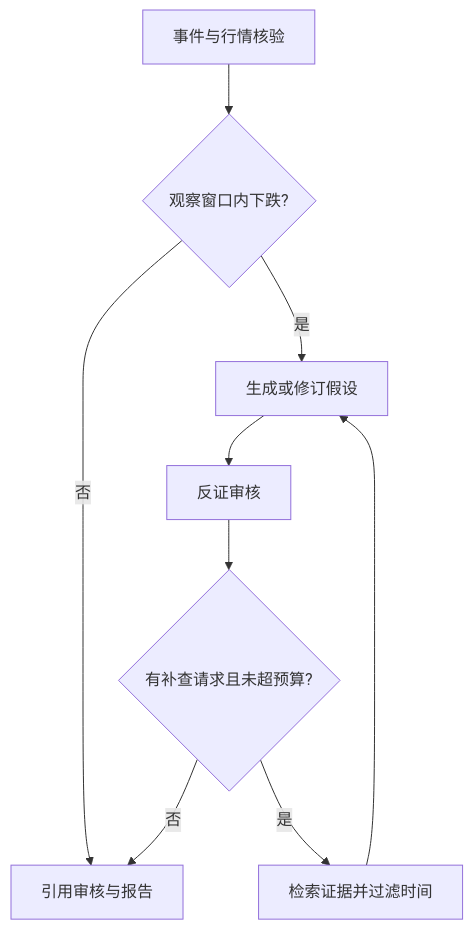
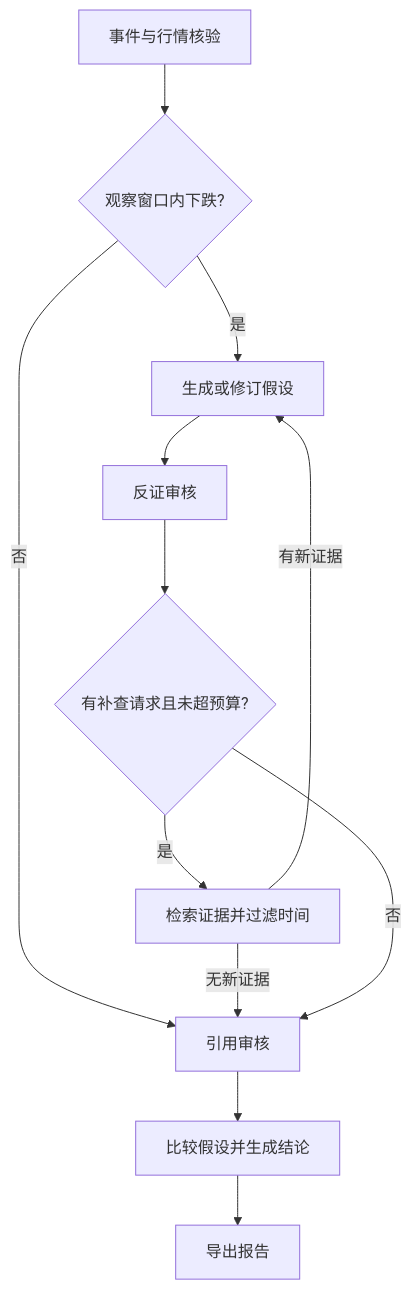
One commit to hzy4869/maia-market-anomaly-agent changed the diagram in README.md. Above: the diagram before and after it, drawn with Mermaid. The commit also changed other lines of this file and 8 other files, not shown here.

````diff
--- a/README.md
+++ b/README.md
@@ -61,11 +61,14 @@
 ```mermaid
 flowchart TD
     A[事件与行情核验] --> B{观察窗口内下跌?}
-    B -->|否| F[引用审核与报告]
+    B -->|否| F[引用审核]
     B -->|是| C[生成或修订假设]
     C --> D[反证审核]
     D --> E{有补查请求且未超预算?}
     E -->|是| G[检索证据并过滤时间]
-    G --> C
+    G -->|有新证据| C
+    G -->|无新证据| F
     E -->|否| F
+    F --> H[比较假设并生成结论]
+    H --> I[导出报告]
 ```
````
